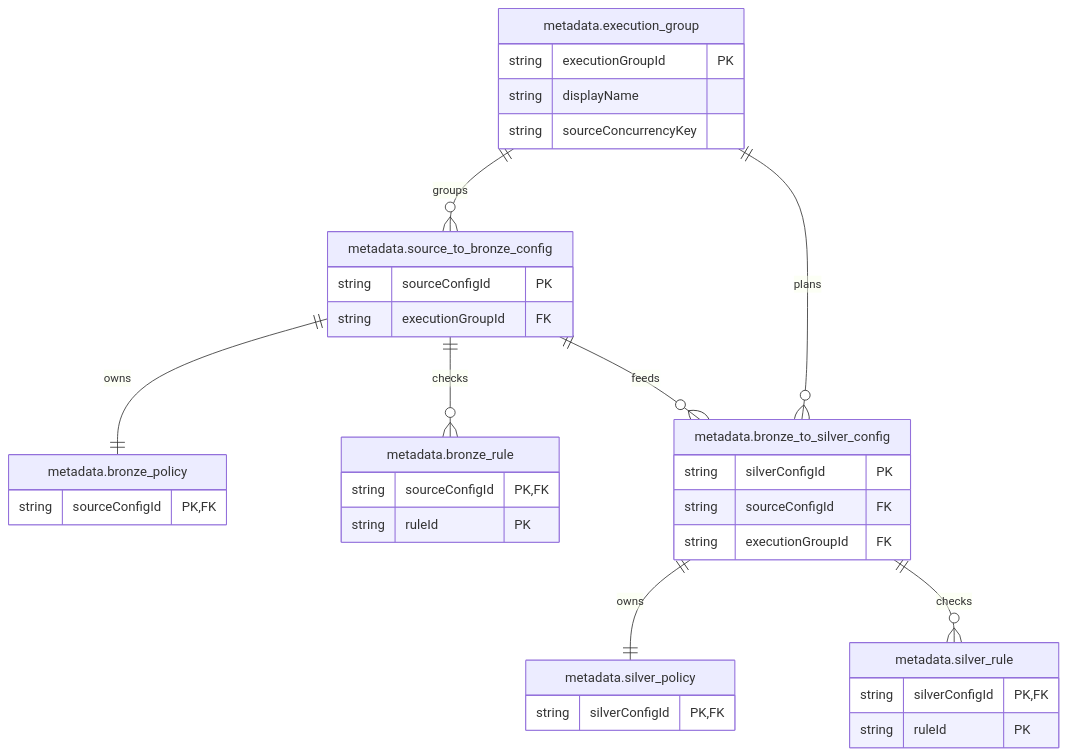
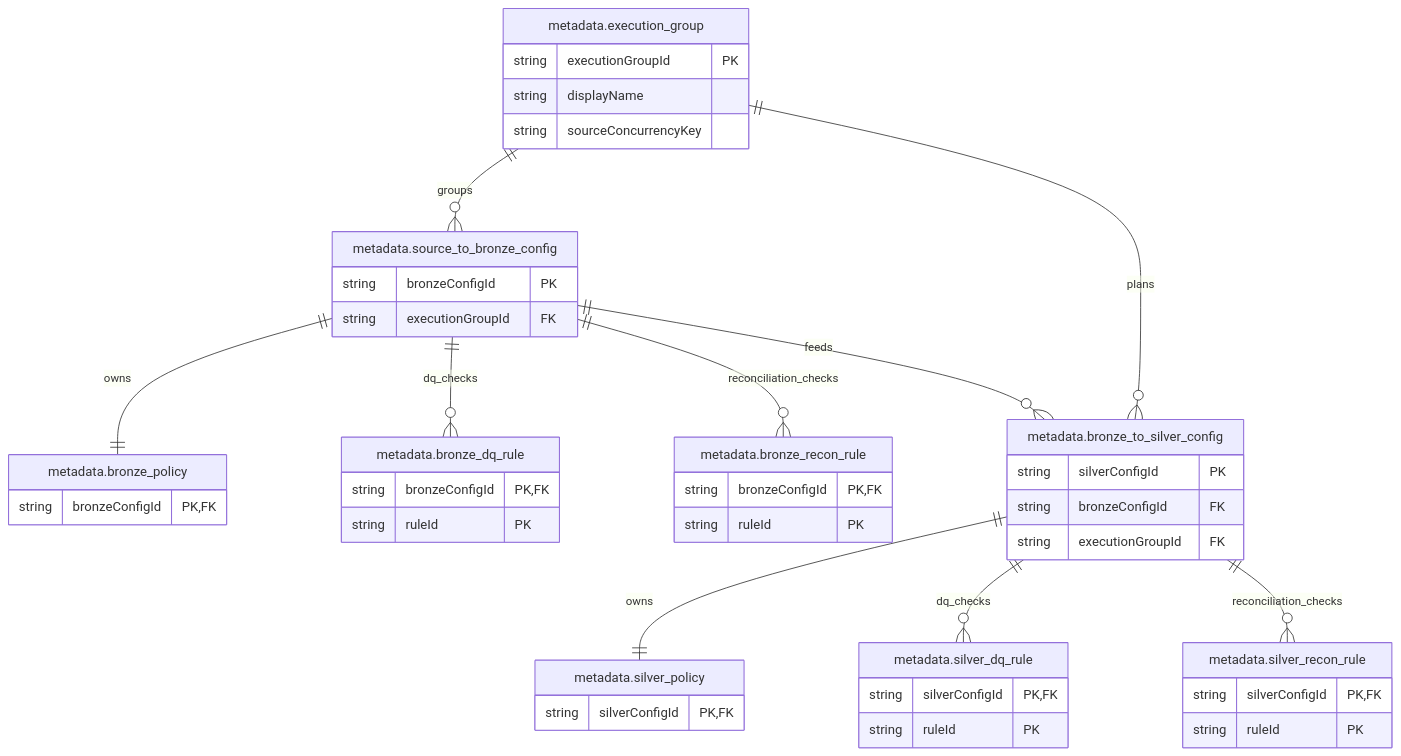
The first of 2 diagrams in docs/architecture/CONTROL_PLANE.md (ruizengalways/enterprise-fabric-framework), drawn with Mermaid before and after one commit. The commit also changed other lines of this file and 111 other files, not shown here.

````diff
--- a/docs/architecture/CONTROL_PLANE.md
+++ b/docs/architecture/CONTROL_PLANE.md
@@ -60,41 +74,51 @@
 ```mermaid
 erDiagram
     direction TB
 
     ExecutionGroup["metadata.execution_group"] {
         string executionGroupId PK
         string displayName
         string sourceConcurrencyKey
     }
     SourceConfig["metadata.source_to_bronze_config"] {
-        string sourceConfigId PK
+        string bronzeConfigId PK
         string executionGroupId FK
     }
     BronzePolicy["metadata.bronze_policy"] {
-        string sourceConfigId PK, FK
+        string bronzeConfigId PK, FK
     }
-    BronzeRule["metadata.bronze_rule"] {
-        string sourceConfigId PK, FK
+    BronzeDqRule["metadata.bronze_dq_rule"] {
+        string bronzeConfigId PK, FK
+        string ruleId PK
+    }
+    BronzeReconRule["metadata.bronze_recon_rule"] {
+        string bronzeConfigId PK, FK
         string ruleId PK
     }
     SilverConfig["metadata.bronze_to_silver_config"] {
         string silverConfigId PK
-        string sourceConfigId FK
+        string bronzeConfigId FK
         string executionGroupId FK
     }
     SilverPolicy["metadata.silver_policy"] {
         string silverConfigId PK, FK
     }
-    SilverRule["metadata.silver_rule"] {
+    SilverDqRule["metadata.silver_dq_rule"] {
+        string silverConfigId PK, FK
+        string ruleId PK
+    }
+    SilverReconRule["metadata.silver_recon_rule"] {
         string silverConfigId PK, FK
         string ruleId PK
     }
 
     ExecutionGroup ||--o{ SourceConfig : groups
     ExecutionGroup ||--o{ SilverConfig : plans
     SourceConfig ||--|| BronzePolicy : owns
-    SourceConfig ||--o{ BronzeRule : checks
+    SourceConfig ||--o{ BronzeDqRule : dq_checks
+    SourceConfig ||--o{ BronzeReconRule : reconciliation_checks
     SourceConfig ||--o{ SilverConfig : feeds
     SilverConfig ||--|| SilverPolicy : owns
-    SilverConfig ||--o{ SilverRule : checks
+    SilverConfig ||--o{ SilverDqRule : dq_checks
+    SilverConfig ||--o{ SilverReconRule : reconciliation_checks
 ```
````
